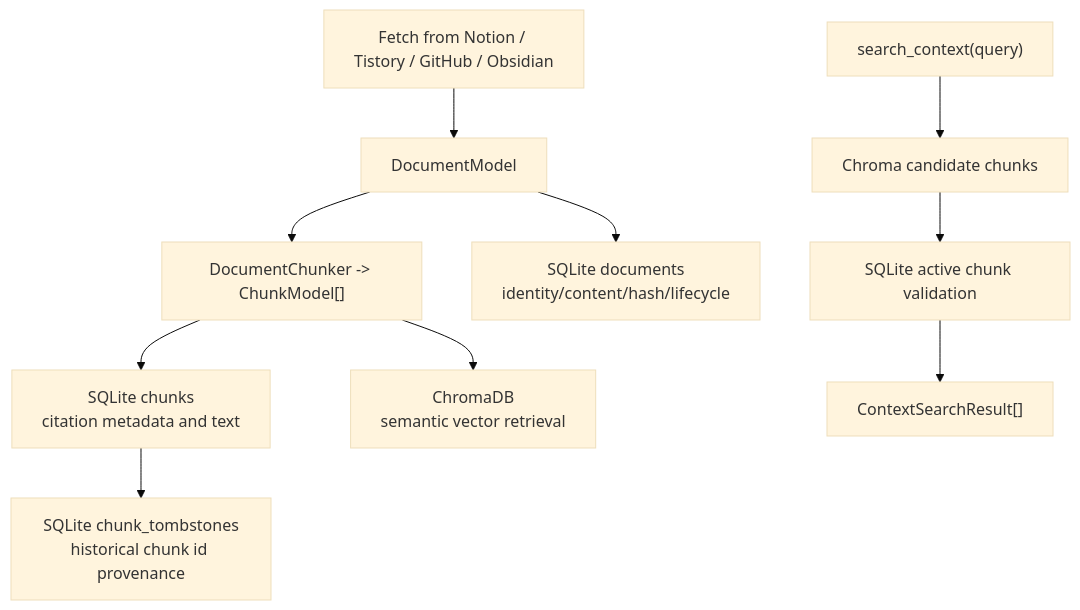
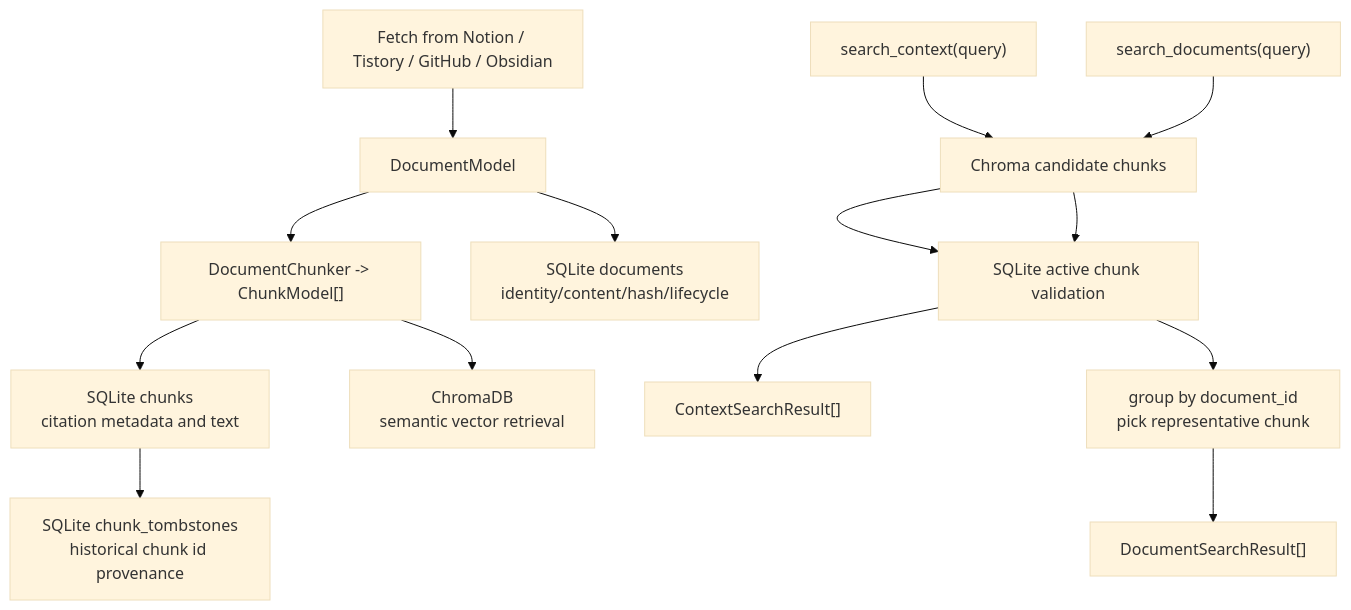
The second of 2 diagrams in docs/contextwiki-core-understanding.md (eunhwa99/MCPContentSearch), drawn with Mermaid (base theme) before and after one commit. The commit also changed other lines of this file and 12 other files, not shown here.

````diff
--- a/docs/contextwiki-core-understanding.md
+++ b/docs/contextwiki-core-understanding.md
@@ -236,21 +253,27 @@
 ```mermaid
 flowchart TD
     A["Fetch from Notion / Tistory / GitHub / Obsidian"]
     B["DocumentModel"]
     C["DocumentChunker -> ChunkModel[]"]
     D["SQLite documents<br/>identity/content/hash/lifecycle"]
     E["SQLite chunks<br/>citation metadata and text"]
     T["SQLite chunk_tombstones<br/>historical chunk id provenance"]
     F["ChromaDB<br/>semantic vector retrieval"]
     G["search_context(query)"]
     H["Chroma candidate chunks"]
     I["SQLite active chunk validation"]
     J["ContextSearchResult[]"]
+    K["search_documents(query)"]
+    L["group by document_id<br/>pick representative chunk"]
+    M["DocumentSearchResult[]"]
 
     A --> B --> C
     B --> D
     C --> E
     C --> F
     E --> T
     G --> H --> I --> J
+    K --> H
+    H --> I
+    I --> L --> M
 ```
````
